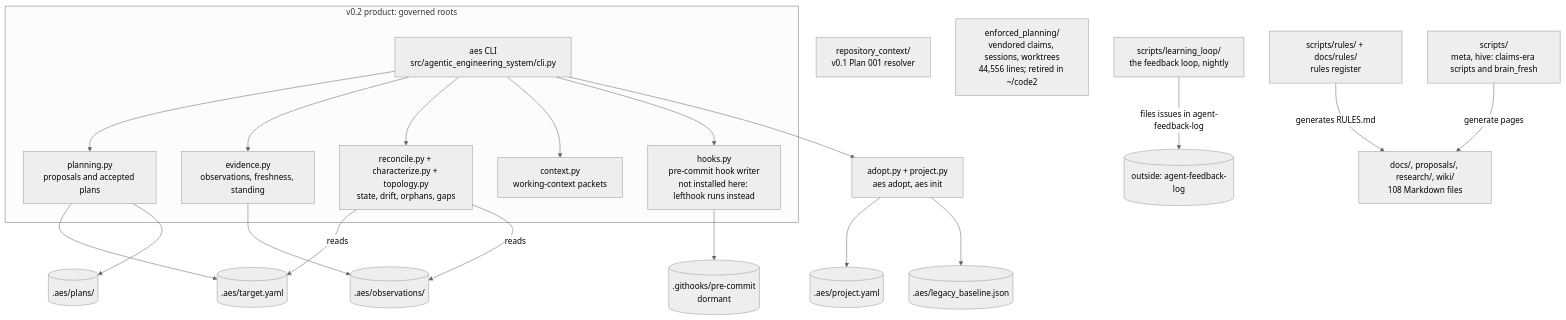
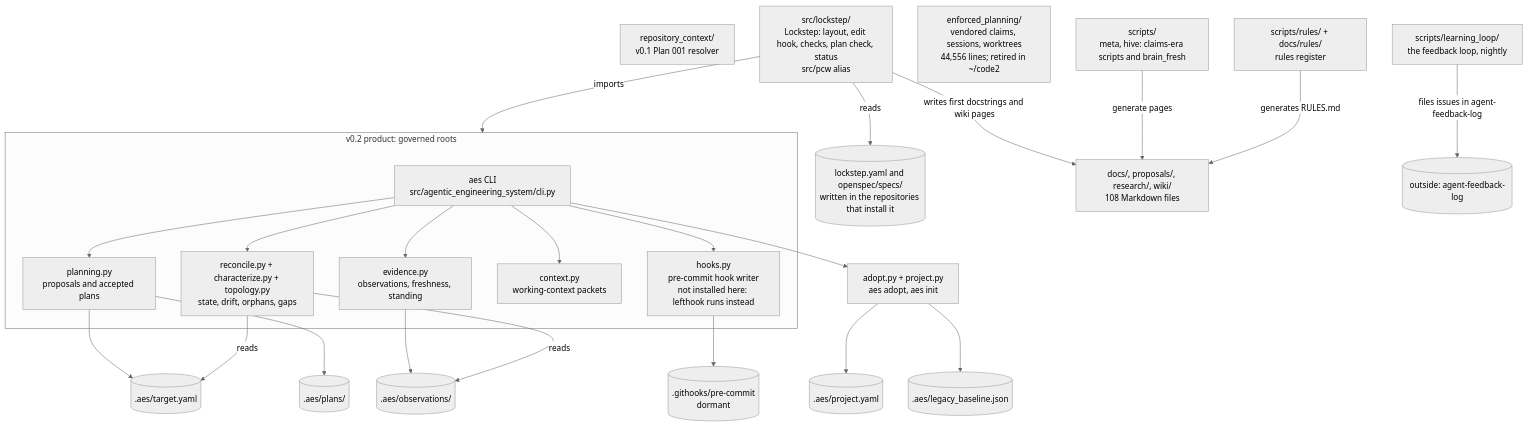
The second of 2 diagrams in docs/planning/SYSTEM_MODEL.md (BrianMills2718/agentic-engineering-system-canonical), drawn with Mermaid (neutral theme) before and after one commit. The commit also changed other lines of this file and 11 other files, not shown here.

First line of the commit message:
Planning package: Lockstep is built here, update system model, map, domain, plan and questions

````diff
--- a/docs/planning/SYSTEM_MODEL.md
+++ b/docs/planning/SYSTEM_MODEL.md
@@ -61,37 +60,42 @@
 ```mermaid
 flowchart TB
   subgraph v02[v0.2 product: governed roots]
     cli[aes CLI<br/>src/agentic_engineering_system/cli.py]
     plan[planning.py<br/>proposals and accepted plans]
     ev[evidence.py<br/>observations, freshness, standing]
     rec[reconcile.py + characterize.py + topology.py<br/>state, drift, orphans, gaps]
     ctx[context.py<br/>working-context packets]
     hk[hooks.py<br/>pre-commit hook writer<br/>not installed here: lefthook runs instead]
   end
   v01[repository_context/<br/>v0.1 Plan 001 resolver]
+  ls[src/lockstep/<br/>Lockstep: layout, edit hook, checks, plan check, status<br/>src/pcw alias]
+  lsy[(lockstep.yaml and openspec/specs/<br/>written in the repositories that install it)]
   ep[enforced_planning/<br/>vendored claims, sessions, worktrees<br/>44,556 lines; retired in ~/code2]
   ll[scripts/learning_loop/<br/>the feedback loop, nightly]
   rr[scripts/rules/ + docs/rules/<br/>rules register]
   scr[scripts/<br/>meta, hive: claims-era scripts and brain_fresh]
   docs[docs/, proposals/, research/, wiki/<br/>108 Markdown files]
   t[(.aes/target.yaml)]
   o[(.aes/observations/)]
   p[(.aes/plans/)]
   g[(.githooks/pre-commit<br/>dormant)]
   pj[(.aes/project.yaml)]
   lb[(.aes/legacy_baseline.json)]
   ad[adopt.py + project.py<br/>aes adopt, aes init]
   cli --> plan --> t
   plan --> p
   cli --> ev --> o
   cli --> rec
   rec -->|reads| t
   rec -->|reads| o
   cli --> ctx
   cli --> hk --> g
   cli --> ad --> pj
   ad --> lb
+  ls -->|reads| lsy
+  ls -->|imports| v02
+  ls -->|writes first docstrings and wiki pages| docs
   scr -->|generate pages| docs
   rr -->|generates RULES.md| docs
   ll -->|files issues in agent-feedback-log| out[(outside: agent-feedback-log)]
 ```
````
